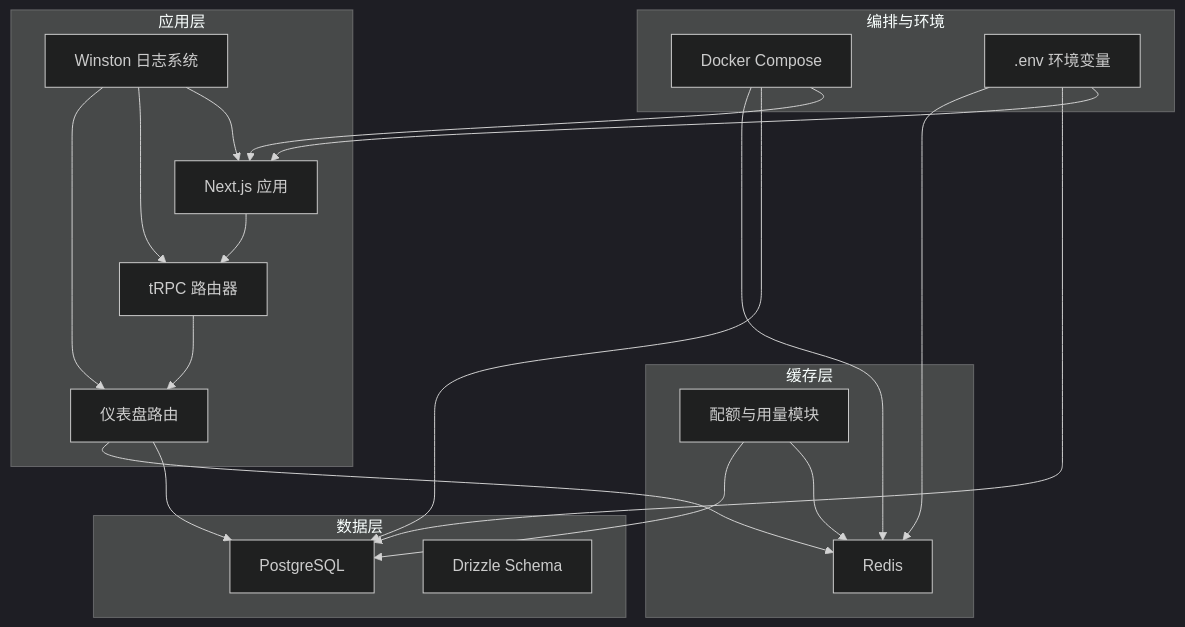
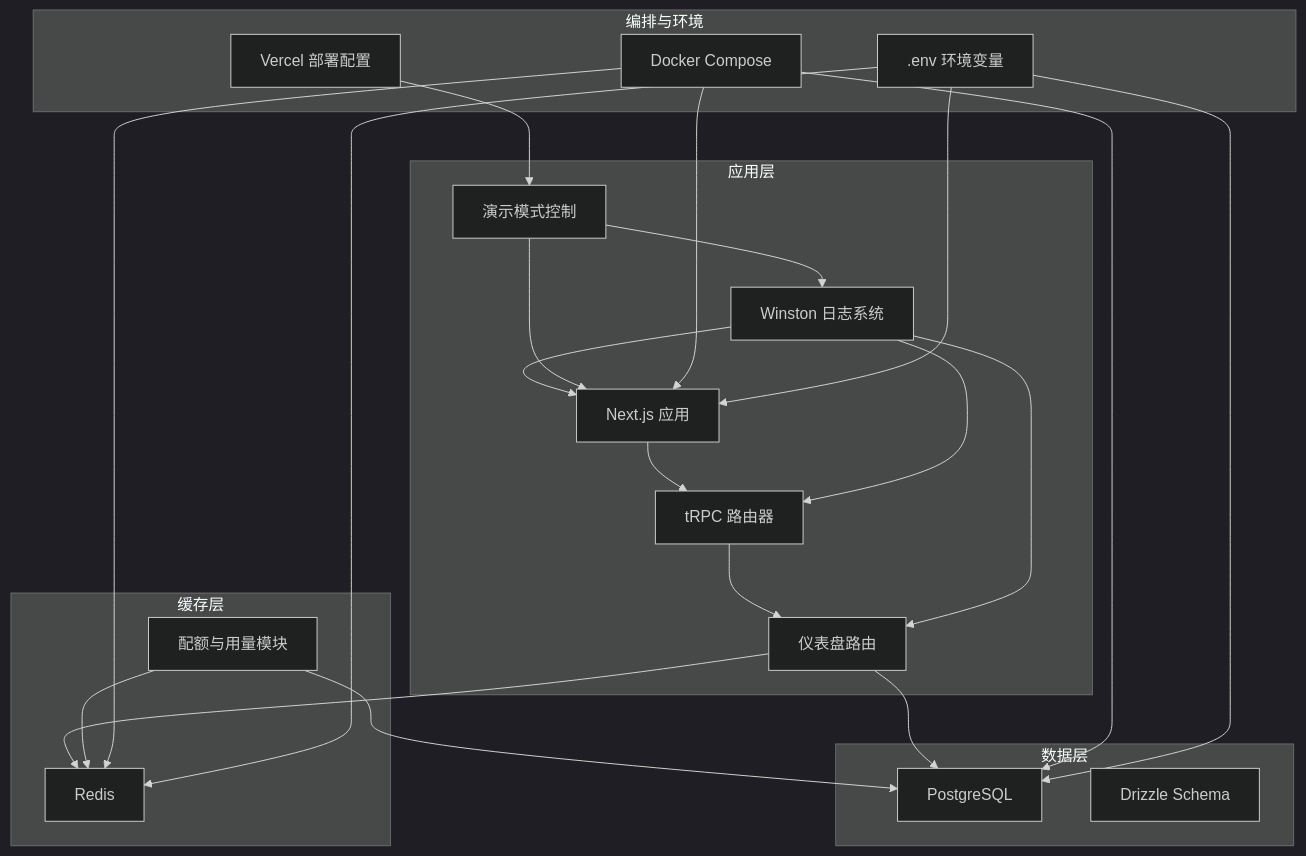
Before and after one commit to RadiumAg/AIGate: the first of 7 diagrams in .qoder/repowiki/zh/content/配置与部署/监控与日志管理.md, drawn with Mermaid (dark theme). The commit also changed other lines of this file and 9 other files, not shown here.

````diff
--- a/.qoder/repowiki/zh/content/配置与部署/监控与日志管理.md
+++ b/.qoder/repowiki/zh/content/配置与部署/监控与日志管理.md
@@ -56,36 +59,41 @@
 ```mermaid
 graph TB
 subgraph "应用层"
 APP["Next.js 应用"]
 T["tRPC 路由器"]
 DASH["仪表盘路由"]
 LOG["Winston 日志系统"]
+DEMOMODE["演示模式控制"]
 end
 subgraph "数据层"
 PG["PostgreSQL"]
 SCHEMA["Drizzle Schema"]
 end
 subgraph "缓存层"
 R["Redis"]
 QUOTA["配额与用量模块"]
 end
 subgraph "编排与环境"
 DC["Docker Compose"]
 ENV[".env 环境变量"]
+VERCEL["Vercel 部署配置"]
 end
 APP --> T
 T --> DASH
 DASH --> PG
 DASH --> R
 QUOTA --> R
 QUOTA --> PG
 LOG --> APP
 LOG --> T
 LOG --> DASH
+DEMOMODE --> LOG
+DEMOMODE --> APP
 DC --> APP
 DC --> PG
 DC --> R
 ENV --> APP
 ENV --> PG
 ENV --> R
+VERCEL --> DEMOMODE
 ```
````
